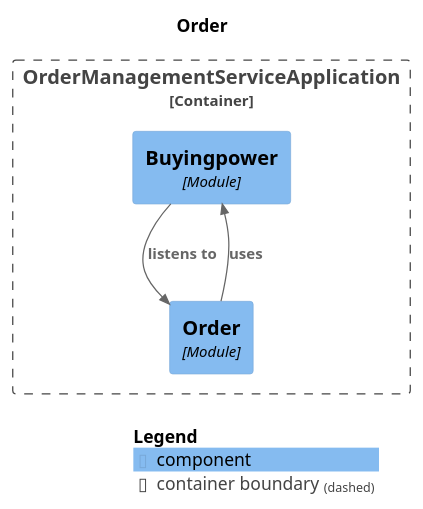
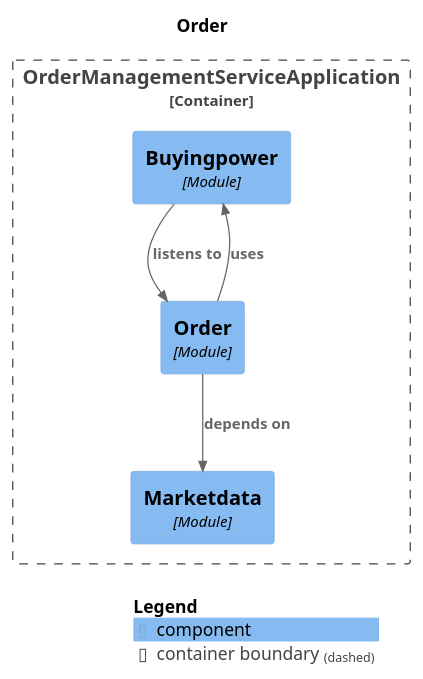
One commit to NosearY/order-management-service-reference-implementation changed the diagram in spring-modulith-docs/module-order.puml. Above: the diagram before and after it, drawn with PlantUML. The commit also changed 36 other files, not shown here.

```diff
--- a/spring-modulith-docs/module-order.puml
+++ b/spring-modulith-docs/module-order.puml
@@ -1,20 +1,22 @@
 @startuml
 set separator none
 title Order
 
 top to bottom direction
 
 !include <C4/C4>
 !include <C4/C4_Context>
 !include <C4/C4_Component>
 
 Container_Boundary("OrderManagementServiceApplication.OrderManagementServiceApplication_boundary", "OrderManagementServiceApplication", $tags="") {
   Component(OrderManagementServiceApplication.OrderManagementServiceApplication.Buyingpower, "Buyingpower", $techn="Module", $descr="", $tags="", $link="")
+  Component(OrderManagementServiceApplication.OrderManagementServiceApplication.Marketdata, "Marketdata", $techn="Module", $descr="", $tags="", $link="")
   Component(OrderManagementServiceApplication.OrderManagementServiceApplication.Order, "Order", $techn="Module", $descr="", $tags="", $link="")
 }
 
+Rel(OrderManagementServiceApplication.OrderManagementServiceApplication.Buyingpower, OrderManagementServiceApplication.OrderManagementServiceApplication.Order, "listens to", $techn="", $tags="", $link="")
+Rel(OrderManagementServiceApplication.OrderManagementServiceApplication.Order, OrderManagementServiceApplication.OrderManagementServiceApplication.Marketdata, "depends on", $techn="", $tags="", $link="")
 Rel(OrderManagementServiceApplication.OrderManagementServiceApplication.Order, OrderManagementServiceApplication.OrderManagementServiceApplication.Buyingpower, "uses", $techn="", $tags="", $link="")
-Rel(OrderManagementServiceApplication.OrderManagementServiceApplication.Buyingpower, OrderManagementServiceApplication.OrderManagementServiceApplication.Order, "listens to", $techn="", $tags="", $link="")
 
 SHOW_LEGEND(true)
 @enduml
```
